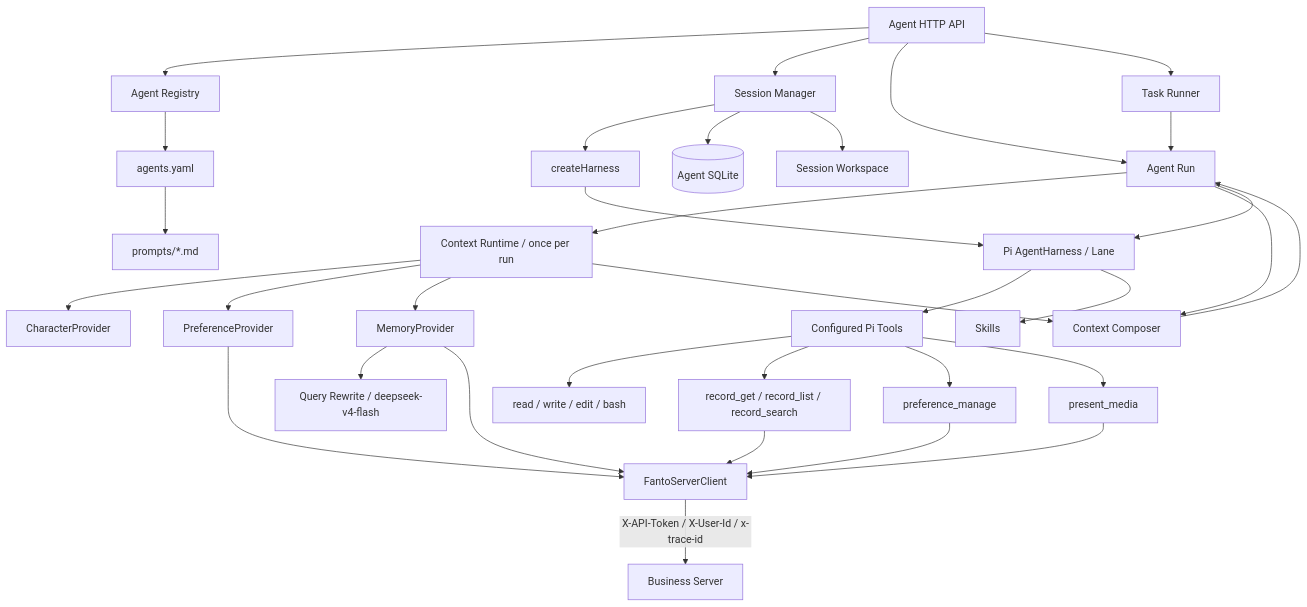
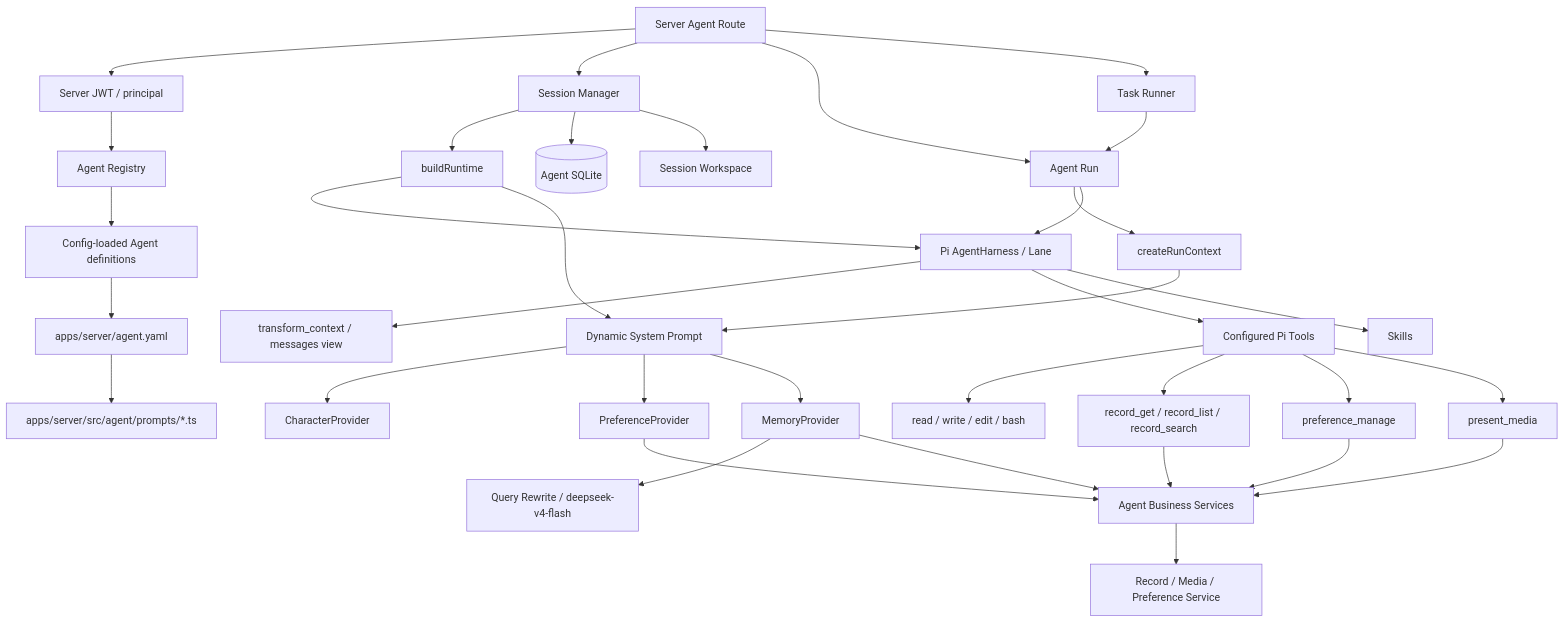
Before and after one commit to huiru-wang/fanto: the diagram in docs/architecture/agent-runtime.md, drawn with Mermaid. The commit also changed other lines of this file and 129 other files, not shown here.

Commit message:
refactor(agent): embed runtime in server

````diff
--- a/docs/architecture/agent-runtime.md
+++ b/docs/architecture/agent-runtime.md
@@ -7,38 +7,40 @@
 ```mermaid
 flowchart TD
-  HTTP[Agent HTTP API] --> REG[Agent Registry]
+  HTTP[Server Agent Route] --> AUTH[Server JWT / principal]
+  AUTH --> REG[Agent Registry]
   HTTP --> SM[Session Manager]
   HTTP --> RUN[Agent Run]
   HTTP --> TR[Task Runner]
   TR --> RUN
-  REG --> YAML[agents.yaml]
-  YAML --> PROMPTS[prompts/*.md]
+  REG --> DEF[Config-loaded Agent definitions]
+  DEF --> YAML[apps/server/agent.yaml]
+  YAML --> PROMPTS[apps/server/src/agent/prompts/*.ts]
 
-  SM --> HARNESS[createHarness]
+  SM --> HARNESS[buildRuntime]
   HARNESS --> PI[Pi AgentHarness / Lane]
   SM --> DB[(Agent SQLite)]
   SM --> WS[Session Workspace]
 
-  RUN --> CR[Context Runtime / once per run]
-  CR --> CHAR[CharacterProvider]
-  CR --> PREF[PreferenceProvider]
-  CR --> MEM[MemoryProvider]
-  PREF --> FSC[FantoServerClient]
+  RUN --> RC[createRunContext]
+  HARNESS --> SP[Dynamic System Prompt]
+  RC --> SP
+  SP --> CHAR[CharacterProvider]
+  SP --> PREF[PreferenceProvider]
+  SP --> MEM[MemoryProvider]
+  PREF --> B[Agent Business Services]
   MEM --> QR[Query Rewrite / deepseek-v4-flash]
-  MEM --> FSC
-  RUN --> CMP[Context Composer]
-  CR --> CMP
-  CMP --> RUN
+  MEM --> B
   RUN --> PI
+  PI --> TC[transform_context / messages view]
 
   PI --> TOOLS[Configured Pi Tools]
   TOOLS --> BUILTIN[read / write / edit / bash]
   TOOLS --> RECORD[record_get / record_list / record_search]
   TOOLS --> PM[preference_manage]
   TOOLS --> PRESENT[present_media]
-  RECORD --> FSC
-  PM --> FSC
-  PRESENT --> FSC
-  FSC -->|X-API-Token / X-User-Id / x-trace-id| SERVER[Business Server]
+  RECORD --> B
+  PM --> B
+  PRESENT --> B
+  B --> SERVICE[Record / Media / Preference Service]
   PI --> SKILLS[Skills]
 ```
````
